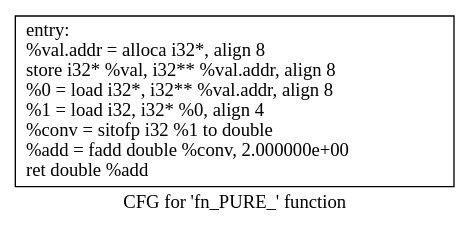
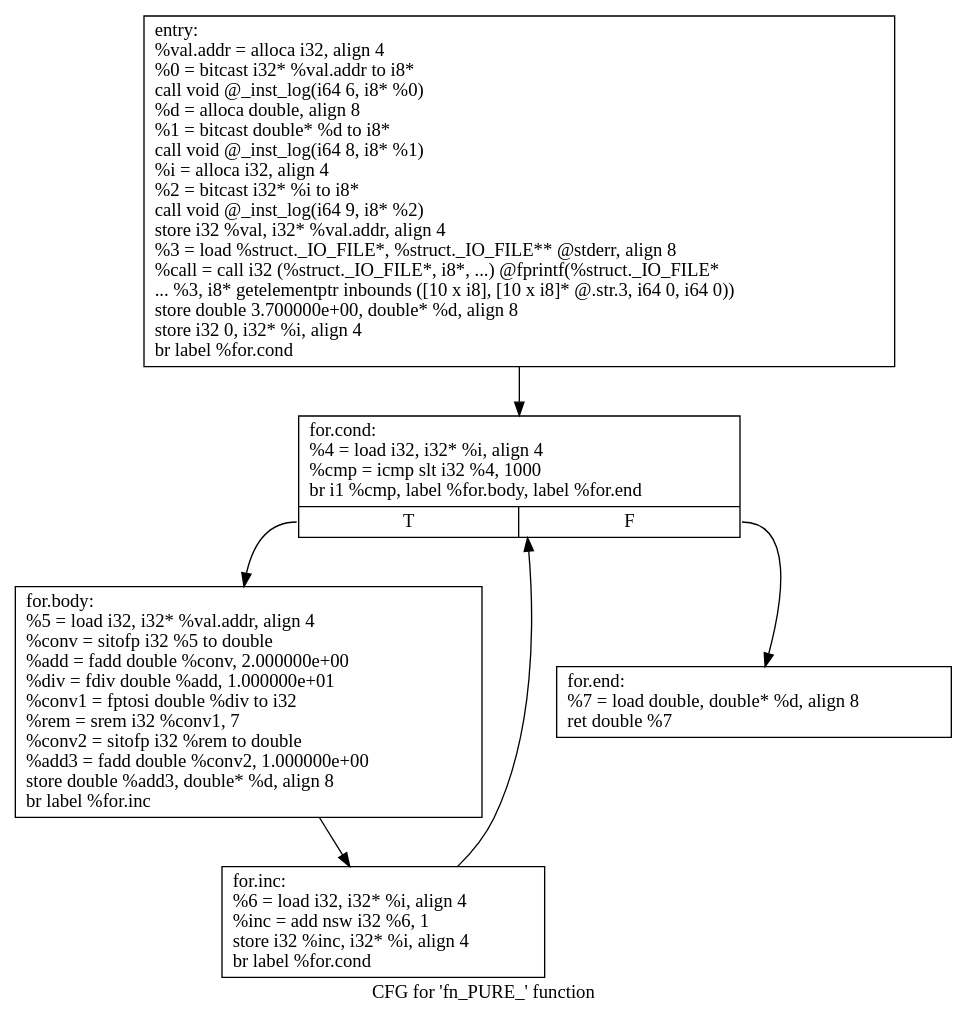
Before and after one commit to mattqemo/eecs583fp: the diagram in 583simple/.fn_PURE_.dot, drawn with Graphviz. The commit also changed 31 other files, not shown here.

```diff
--- a/583simple/.fn_PURE_.dot
+++ b/583simple/.fn_PURE_.dot
@@ -1,5 +1,14 @@
 digraph "CFG for 'fn_PURE_' function" {
 	label="CFG for 'fn_PURE_' function";
 
-	Node0x5581754b3a30 [shape=record,label="{entry:\l  %val.addr = alloca i32*, align 8\l  store i32* %val, i32** %val.addr, align 8\l  %0 = load i32*, i32** %val.addr, align 8\l  %1 = load i32, i32* %0, align 4\l  %conv = sitofp i32 %1 to double\l  %add = fadd double %conv, 2.000000e+00\l  ret double %add\l}"];
+	Node0x564d40186fb0 [shape=record,label="{entry:\l  %val.addr = alloca i32, align 4\l  %0 = bitcast i32* %val.addr to i8*\l  call void @_inst_log(i64 6, i8* %0)\l  %d = alloca double, align 8\l  %1 = bitcast double* %d to i8*\l  call void @_inst_log(i64 8, i8* %1)\l  %i = alloca i32, align 4\l  %2 = bitcast i32* %i to i8*\l  call void @_inst_log(i64 9, i8* %2)\l  store i32 %val, i32* %val.addr, align 4\l  %3 = load %struct._IO_FILE*, %struct._IO_FILE** @stderr, align 8\l  %call = call i32 (%struct._IO_FILE*, i8*, ...) @fprintf(%struct._IO_FILE*\l... %3, i8* getelementptr inbounds ([10 x i8], [10 x i8]* @.str.3, i64 0, i64 0))\l  store double 3.700000e+00, double* %d, align 8\l  store i32 0, i32* %i, align 4\l  br label %for.cond\l}"];
+	Node0x564d40186fb0 -> Node0x564d40187940;
+	Node0x564d40187940 [shape=record,label="{for.cond:                                         \l  %4 = load i32, i32* %i, align 4\l  %cmp = icmp slt i32 %4, 1000\l  br i1 %cmp, label %for.body, label %for.end\l|{<s0>T|<s1>F}}"];
+	Node0x564d40187940:s0 -> Node0x564d40187990;
+	Node0x564d40187940:s1 -> Node0x564d40187a30;
+	Node0x564d40187990 [shape=record,label="{for.body:                                         \l  %5 = load i32, i32* %val.addr, align 4\l  %conv = sitofp i32 %5 to double\l  %add = fadd double %conv, 2.000000e+00\l  %div = fdiv double %add, 1.000000e+01\l  %conv1 = fptosi double %div to i32\l  %rem = srem i32 %conv1, 7\l  %conv2 = sitofp i32 %rem to double\l  %add3 = fadd double %conv2, 1.000000e+00\l  store double %add3, double* %d, align 8\l  br label %for.inc\l}"];
+	Node0x564d40187990 -> Node0x564d401879e0;
+	Node0x564d401879e0 [shape=record,label="{for.inc:                                          \l  %6 = load i32, i32* %i, align 4\l  %inc = add nsw i32 %6, 1\l  store i32 %inc, i32* %i, align 4\l  br label %for.cond\l}"];
+	Node0x564d401879e0 -> Node0x564d40187940;
+	Node0x564d40187a30 [shape=record,label="{for.end:                                          \l  %7 = load double, double* %d, align 8\l  ret double %7\l}"];
 }
```
